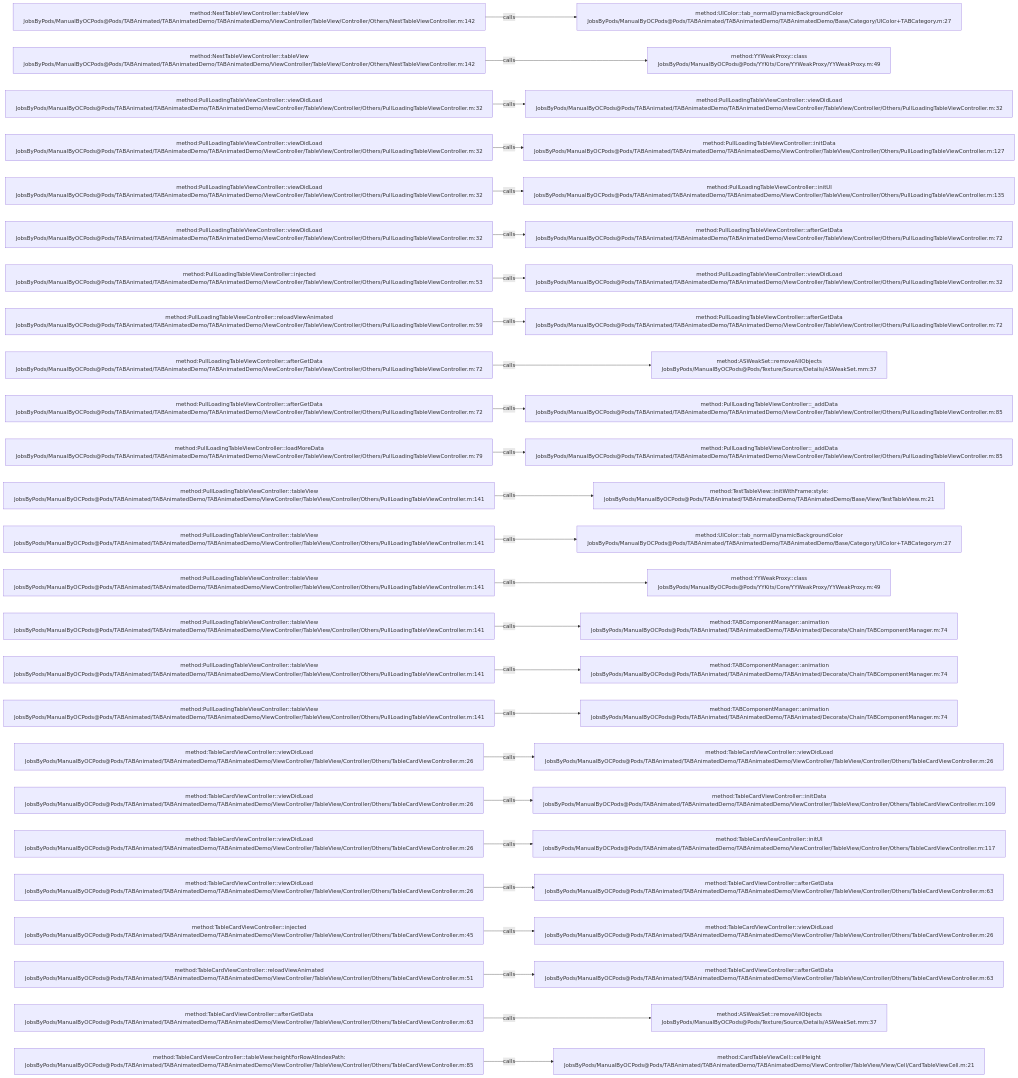
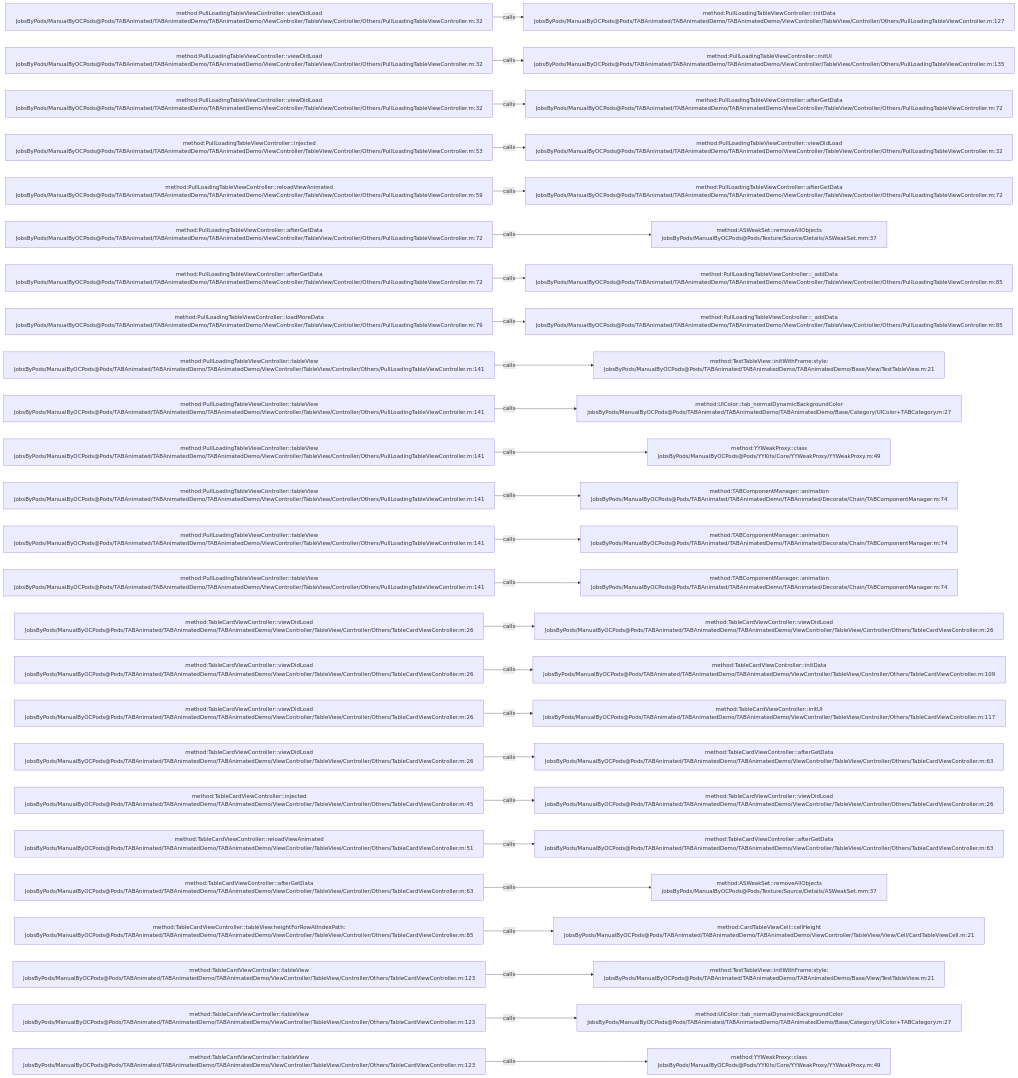
One commit to JobsKits/JobsOCBaseConfigDemo changed the diagram in .codegraph/codegraph.md/graphs/calls-060.md. Above: the diagram before and after it, drawn with Mermaid. The commit also changed 342 other files, not shown here.

````diff
--- a/.codegraph/codegraph.md/graphs/calls-060.md
+++ b/.codegraph/codegraph.md/graphs/calls-060.md
@@ -13,78 +13,78 @@
 ```mermaid
 flowchart LR
-  S1["method:NestTableViewController::tableView<br/>JobsByPods/ManualByOCPods@Pods/TABAnimated/TABAnimatedDemo/TABAnimatedDemo/ViewController/TableView/Controller/Others/NestTableViewController.m:142"]
-  T1["method:UIColor::tab_normalDynamicBackgroundColor<br/>JobsByPods/ManualByOCPods@Pods/TABAnimated/TABAnimatedDemo/TABAnimatedDemo/Base/Category/UIColor+TABCategory.m:27"]
+  S1["method:PullLoadingTableViewController::viewDidLoad<br/>JobsByPods/ManualByOCPods@Pods/TABAnimated/TABAnimatedDemo/TABAnimatedDemo/ViewController/TableView/Controller/Others/PullLoadingTableViewController.m:32"]
+  T1["method:PullLoadingTableViewController::initData<br/>JobsByPods/ManualByOCPods@Pods/TABAnimated/TABAnimatedDemo/TABAnimatedDemo/ViewController/TableView/Controller/Others/PullLoadingTableViewController.m:127"]
   S1 -->|calls| T1
-  S2["method:NestTableViewController::tableView<br/>JobsByPods/ManualByOCPods@Pods/TABAnimated/TABAnimatedDemo/TABAnimatedDemo/ViewController/TableView/Controller/Others/NestTableViewController.m:142"]
-  T2["method:YYWeakProxy::class<br/>JobsByPods/ManualByOCPods@Pods/YYKits/Core/YYWeakProxy/YYWeakProxy.m:49"]
+  S2["method:PullLoadingTableViewController::viewDidLoad<br/>JobsByPods/ManualByOCPods@Pods/TABAnimated/TABAnimatedDemo/TABAnimatedDemo/ViewController/TableView/Controller/Others/PullLoadingTableViewController.m:32"]
+  T2["method:PullLoadingTableViewController::initUI<br/>JobsByPods/ManualByOCPods@Pods/TABAnimated/TABAnimatedDemo/TABAnimatedDemo/ViewController/TableView/Controller/Others/PullLoadingTableViewController.m:135"]
   S2 -->|calls| T2
   S3["method:PullLoadingTableViewController::viewDidLoad<br/>JobsByPods/ManualByOCPods@Pods/TABAnimated/TABAnimatedDemo/TABAnimatedDemo/ViewController/TableView/Controller/Others/PullLoadingTableViewController.m:32"]
-  T3["method:PullLoadingTableViewController::viewDidLoad<br/>JobsByPods/ManualByOCPods@Pods/TABAnimated/TABAnimatedDemo/TABAnimatedDemo/ViewController/TableView/Controller/Others/PullLoadingTableViewController.m:32"]
+  T3["method:PullLoadingTableViewController::afterGetData<br/>JobsByPods/ManualByOCPods@Pods/TABAnimated/TABAnimatedDemo/TABAnimatedDemo/ViewController/TableView/Controller/Others/PullLoadingTableViewController.m:72"]
   S3 -->|calls| T3
-  S4["method:PullLoadingTableViewController::viewDidLoad<br/>JobsByPods/ManualByOCPods@Pods/TABAnimated/TABAnimatedDemo/TABAnimatedDemo/ViewController/TableView/Controller/Others/PullLoadingTableViewController.m:32"]
-  T4["method:PullLoadingTableViewController::initData<br/>JobsByPods/ManualByOCPods@Pods/TABAnimated/TABAnimatedDemo/TABAnimatedDemo/ViewController/TableView/Controller/Others/PullLoadingTableViewController.m:127"]
+  S4["method:PullLoadingTableViewController::injected<br/>JobsByPods/ManualByOCPods@Pods/TABAnimated/TABAnimatedDemo/TABAnimatedDemo/ViewController/TableView/Controller/Others/PullLoadingTableViewController.m:53"]
+  T4["method:PullLoadingTableViewController::viewDidLoad<br/>JobsByPods/ManualByOCPods@Pods/TABAnimated/TABAnimatedDemo/TABAnimatedDemo/ViewController/TableView/Controller/Others/PullLoadingTableViewController.m:32"]
   S4 -->|calls| T4
-  S5["method:PullLoadingTableViewController::viewDidLoad<br/>JobsByPods/ManualByOCPods@Pods/TABAnimated/TABAnimatedDemo/TABAnimatedDemo/ViewController/TableView/Controller/Others/PullLoadingTableViewController.m:32"]
-  T5["method:PullLoadingTableViewController::initUI<br/>JobsByPods/ManualByOCPods@Pods/TABAnimated/TABAnimatedDemo/TABAnimatedDemo/ViewController/TableView/Controller/Others/PullLoadingTableViewController.m:135"]
+  S5["method:PullLoadingTableViewController::reloadViewAnimated<br/>JobsByPods/ManualByOCPods@Pods/TABAnimated/TABAnimatedDemo/TABAnimatedDemo/ViewController/TableView/Controller/Others/PullLoadingTableViewController.m:59"]
+  T5["method:PullLoadingTableViewController::afterGetData<br/>JobsByPods/ManualByOCPods@Pods/TABAnimated/TABAnimatedDemo/TABAnimatedDemo/ViewController/TableView/Controller/Others/PullLoadingTableViewController.m:72"]
   S5 -->|calls| T5
-  S6["method:PullLoadingTableViewController::viewDidLoad<br/>JobsByPods/ManualByOCPods@Pods/TABAnimated/TABAnimatedDemo/TABAnimatedDemo/ViewController/TableView/Controller/Others/PullLoadingTableViewController.m:32"]
-  T6["method:PullLoadingTableViewController::afterGetData<br/>JobsByPods/ManualByOCPods@Pods/TABAnimated/TABAnimatedDemo/TABAnimatedDemo/ViewController/TableView/Controller/Others/PullLoadingTableViewController.m:72"]
+  S6["method:PullLoadingTableViewController::afterGetData<br/>JobsByPods/ManualByOCPods@Pods/TABAnimated/TABAnimatedDemo/TABAnimatedDemo/ViewController/TableView/Controller/Others/PullLoadingTableViewController.m:72"]
+  T6["method:ASWeakSet::removeAllObjects<br/>JobsByPods/ManualByOCPods@Pods/Texture/Source/Details/ASWeakSet.mm:37"]
   S6 -->|calls| T6
-  S7["method:PullLoadingTableViewController::injected<br/>JobsByPods/ManualByOCPods@Pods/TABAnimated/TABAnimatedDemo/TABAnimatedDemo/ViewController/TableView/Controller/Others/PullLoadingTableViewController.m:53"]
-  T7["method:PullLoadingTableViewController::viewDidLoad<br/>JobsByPods/ManualByOCPods@Pods/TABAnimated/TABAnimatedDemo/TABAnimatedDemo/ViewController/TableView/Controller/Others/PullLoadingTableViewController.m:32"]
+  S7["method:PullLoadingTableViewController::afterGetData<br/>JobsByPods/ManualByOCPods@Pods/TABAnimated/TABAnimatedDemo/TABAnimatedDemo/ViewController/TableView/Controller/Others/PullLoadingTableViewController.m:72"]
+  T7["method:PullLoadingTableViewController::_addData<br/>JobsByPods/ManualByOCPods@Pods/TABAnimated/TABAnimatedDemo/TABAnimatedDemo/ViewController/TableView/Controller/Others/PullLoadingTableViewController.m:85"]
   S7 -->|calls| T7
-  S8["method:PullLoadingTableViewController::reloadViewAnimated<br/>JobsByPods/ManualByOCPods@Pods/TABAnimated/TABAnimatedDemo/TABAnimatedDemo/ViewController/TableView/Controller/Others/PullLoadingTableViewController.m:59"]
-  T8["method:PullLoadingTableViewController::afterGetData<br/>JobsByPods/ManualByOCPods@Pods/TABAnimated/TABAnimatedDemo/TABAnimatedDemo/ViewController/TableView/Controller/Others/PullLoadingTableViewController.m:72"]
+  S8["method:PullLoadingTableViewController::loadMoreData<br/>JobsByPods/ManualByOCPods@Pods/TABAnimated/TABAnimatedDemo/TABAnimatedDemo/ViewController/TableView/Controller/Others/PullLoadingTableViewController.m:79"]
+  T8["method:PullLoadingTableViewController::_addData<br/>JobsByPods/ManualByOCPods@Pods/TABAnimated/TABAnimatedDemo/TABAnimatedDemo/ViewController/TableView/Controller/Others/PullLoadingTableViewController.m:85"]
   S8 -->|calls| T8
-  S9["method:PullLoadingTableViewController::afterGetData<br/>JobsByPods/ManualByOCPods@Pods/TABAnimated/TABAnimatedDemo/TABAnimatedDemo/ViewController/TableView/Controller/Others/PullLoadingTableViewController.m:72"]
-  T9["method:ASWeakSet::removeAllObjects<br/>JobsByPods/ManualByOCPods@Pods/Texture/Source/Details/ASWeakSet.mm:37"]
+  S9["method:PullLoadingTableViewController::tableView<br/>JobsByPods/ManualByOCPods@Pods/TABAnimated/TABAnimatedDemo/TABAnimatedDemo/ViewController/TableView/Controller/Others/PullLoadingTableViewController.m:141"]
+  T9["method:TestTableView::initWithFrame:style:<br/>JobsByPods/ManualByOCPods@Pods/TABAnimated/TABAnimatedDemo/TABAnimatedDemo/Base/View/TestTableView.m:21"]
   S9 -->|calls| T9
-  S10["method:PullLoadingTableViewController::afterGetData<br/>JobsByPods/ManualByOCPods@Pods/TABAnimated/TABAnimatedDemo/TABAnimatedDemo/ViewController/TableView/Controller/Others/PullLoadingTableViewController.m:72"]
-  T10["method:PullLoadingTableViewController::_addData<br/>JobsByPods/ManualByOCPods@Pods/TABAnimated/TABAnimatedDemo/TABAnimatedDemo/ViewController/TableView/Controller/Others/PullLoadingTableViewController.m:85"]
+  S10["method:PullLoadingTableViewController::tableView<br/>JobsByPods/ManualByOCPods@Pods/TABAnimated/TABAnimatedDemo/TABAnimatedDemo/ViewController/TableView/Controller/Others/PullLoadingTableViewController.m:141"]
+  T10["method:UIColor::tab_normalDynamicBackgroundColor<br/>JobsByPods/ManualByOCPods@Pods/TABAnimated/TABAnimatedDemo/TABAnimatedDemo/Base/Category/UIColor+TABCategory.m:27"]
   S10 -->|calls| T10
-  S11["method:PullLoadingTableViewController::loadMoreData<br/>JobsByPods/ManualByOCPods@Pods/TABAnimated/TABAnimatedDemo/TABAnimatedDemo/ViewController/TableView/Controller/Others/PullLoadingTableViewController.m:79"]
-  T11["method:PullLoadingTableViewController::_addData<br/>JobsByPods/ManualByOCPods@Pods/TABAnimated/TABAnimatedDemo/TABAnimatedDemo/ViewController/TableView/Controller/Others/PullLoadingTableViewController.m:85"]
+  S11["method:PullLoadingTableViewController::tableView<br/>JobsByPods/ManualByOCPods@Pods/TABAnimated/TABAnimatedDemo/TABAnimatedDemo/ViewController/TableView/Controller/Others/PullLoadingTableViewController.m:141"]
+  T11["method:YYWeakProxy::class<br/>JobsByPods/ManualByOCPods@Pods/YYKits/Core/YYWeakProxy/YYWeakProxy.m:49"]
   S11 -->|calls| T11
   S12["method:PullLoadingTableViewController::tableView<br/>JobsByPods/ManualByOCPods@Pods/TABAnimated/TABAnimatedDemo/TABAnimatedDemo/ViewController/TableView/Controller/Others/PullLoadingTableViewController.m:141"]
-  T12["method:TestTableView::initWithFrame:style:<br/>JobsByPods/ManualByOCPods@Pods/TABAnimated/TABAnimatedDemo/TABAnimatedDemo/Base/View/TestTableView.m:21"]
+  T12["method:TABComponentManager::animation<br/>JobsByPods/ManualByOCPods@Pods/TABAnimated/TABAnimatedDemo/TABAnimated/Decorate/Chain/TABComponentManager.m:74"]
   S12 -->|calls| T12
   S13["method:PullLoadingTableViewController::tableView<br/>JobsByPods/ManualByOCPods@Pods/TABAnimated/TABAnimatedDemo/TABAnimatedDemo/ViewController/TableView/Controller/Others/PullLoadingTableViewController.m:141"]
-  T13["method:UIColor::tab_normalDynamicBackgroundColor<br/>JobsByPods/ManualByOCPods@Pods/TABAnimated/TABAnimatedDemo/TABAnimatedDemo/Base/Category/UIColor+TABCategory.m:27"]
+  T13["method:TABComponentManager::animation<br/>JobsByPods/ManualByOCPods@Pods/TABAnimated/TABAnimatedDemo/TABAnimated/Decorate/Chain/TABComponentManager.m:74"]
   S13 -->|calls| T13
   S14["method:PullLoadingTableViewController::tableView<br/>JobsByPods/ManualByOCPods@Pods/TABAnimated/TABAnimatedDemo/TABAnimatedDemo/ViewController/TableView/Controller/Others/PullLoadingTableViewController.m:141"]
-  T14["method:YYWeakProxy::class<br/>JobsByPods/ManualByOCPods@Pods/YYKits/Core/YYWeakProxy/YYWeakProxy.m:49"]
+  T14["method:TABComponentManager::animation<br/>JobsByPods/ManualByOCPods@Pods/TABAnimated/TABAnimatedDemo/TABAnimated/Decorate/Chain/TABComponentManager.m:74"]
   S14 -->|calls| T14
-  S15["method:PullLoadingTableViewController::tableView<br/>JobsByPods/ManualByOCPods@Pods/TABAnimated/TABAnimatedDemo/TABAnimatedDemo/ViewController/TableView/Controller/Others/PullLoadingTableViewController.m:141"]
-  T15["method:TABComponentManager::animation<br/>JobsByPods/ManualByOCPods@Pods/TABAnimated/TABAnimatedDemo/TABAnimated/Decorate/Chain/TABComponentManager.m:74"]
+  S15["method:TableCardViewController::viewDidLoad<br/>JobsByPods/ManualByOCPods@Pods/TABAnimated/TABAnimatedDemo/TABAnimatedDemo/ViewController/TableView/Controller/Others/TableCardViewController.m:26"]
+  T15["method:TableCardViewController::viewDidLoad<br/>JobsByPods/ManualByOCPods@Pods/TABAnimated/TABAnimatedDemo/TABAnimatedDemo/ViewController/TableView/Controller/Others/TableCardViewController.m:26"]
   S15 -->|calls| T15
-  S16["method:PullLoadingTableViewController::tableView<br/>JobsByPods/ManualByOCPods@Pods/TABAnimated/TABAnimatedDemo/TABAnimatedDemo/ViewController/TableView/Controller/Others/PullLoadingTableViewController.m:141"]
-  T16["method:TABComponentManager::animation<br/>JobsByPods/ManualByOCPods@Pods/TABAnimated/TABAnimatedDemo/TABAnimated/Decorate/Chain/TABComponentManager.m:74"]
+  S16["method:TableCardViewController::viewDidLoad<br/>JobsByPods/ManualByOCPods@Pods/TABAnimated/TABAnimatedDemo/TABAnimatedDemo/ViewController/TableView/Controller/Others/TableCardViewController.m:26"]
+  T16["method:TableCardViewController::initData<br/>JobsByPods/ManualByOCPods@Pods/TABAnimated/TABAnimatedDemo/TABAnimatedDemo/ViewController/TableView/Controller/Others/TableCardViewController.m:109"]
   S16 -->|calls| T16
-  S17["method:PullLoadingTableViewController::tableView<br/>JobsByPods/ManualByOCPods@Pods/TABAnimated/TABAnimatedDemo/TABAnimatedDemo/ViewController/TableView/Controller/Others/PullLoadingTableViewController.m:141"]
-  T17["method:TABComponentManager::animation<br/>JobsByPods/ManualByOCPods@Pods/TABAnimated/TABAnimatedDemo/TABAnimated/Decorate/Chain/TABComponentManager.m:74"]
+  S17["method:TableCardViewController::viewDidLoad<br/>JobsByPods/ManualByOCPods@Pods/TABAnimated/TABAnimatedDemo/TABAnimatedDemo/ViewController/TableView/Controller/Others/TableCardViewController.m:26"]
+  T17["method:TableCardViewController::initUI<br/>JobsByPods/ManualByOCPods@Pods/TABAnimated/TABAnimatedDemo/TABAnimatedDemo/ViewController/TableView/Controller/Others/TableCardViewController.m:117"]
   S17 -->|calls| T17
   S18["method:TableCardViewController::viewDidLoad<br/>JobsByPods/ManualByOCPods@Pods/TABAnimated/TABAnimatedDemo/TABAnimatedDemo/ViewController/TableView/Controller/Others/TableCardViewController.m:26"]
-  T18["method:TableCardViewController::viewDidLoad<br/>JobsByPods/ManualByOCPods@Pods/TABAnimated/TABAnimatedDemo/TABAnimatedDemo/ViewController/TableView/Controller/Others/TableCardViewController.m:26"]
+  T18["method:TableCardViewController::afterGetData<br/>JobsByPods/ManualByOCPods@Pods/TABAnimated/TABAnimatedDemo/TABAnimatedDemo/ViewController/TableView/Controller/Others/TableCardViewController.m:63"]
   S18 -->|calls| T18
-  S19["method:TableCardViewController::viewDidLoad<br/>JobsByPods/ManualByOCPods@Pods/TABAnimated/TABAnimatedDemo/TABAnimatedDemo/ViewController/TableView/Controller/Others/TableCardViewController.m:26"]
-  T19["method:TableCardViewController::initData<br/>JobsByPods/ManualByOCPods@Pods/TABAnimated/TABAnimatedDemo/TABAnimatedDemo/ViewController/TableView/Controller/Others/TableCardViewController.m:109"]
+  S19["method:TableCardViewController::injected<br/>JobsByPods/ManualByOCPods@Pods/TABAnimated/TABAnimatedDemo/TABAnimatedDemo/ViewController/TableView/Controller/Others/TableCardViewController.m:45"]
+  T19["method:TableCardViewController::viewDidLoad<br/>JobsByPods/ManualByOCPods@Pods/TABAnimated/TABAnimatedDemo/TABAnimatedDemo/ViewController/TableView/Controller/Others/TableCardViewController.m:26"]
   S19 -->|calls| T19
-  S20["method:TableCardViewController::viewDidLoad<br/>JobsByPods/ManualByOCPods@Pods/TABAnimated/TABAnimatedDemo/TABAnimatedDemo/ViewController/TableView/Controller/Others/TableCardViewController.m:26"]
-  T20["method:TableCardViewController::initUI<br/>JobsByPods/ManualByOCPods@Pods/TABAnimated/TABAnimatedDemo/TABAnimatedDemo/ViewController/TableView/Controller/Others/TableCardViewController.m:117"]
+  S20["method:TableCardViewController::reloadViewAnimated<br/>JobsByPods/ManualByOCPods@Pods/TABAnimated/TABAnimatedDemo/TABAnimatedDemo/ViewController/TableView/Controller/Others/TableCardViewController.m:51"]
+  T20["method:TableCardViewController::afterGetData<br/>JobsByPods/ManualByOCPods@Pods/TABAnimated/TABAnimatedDemo/TABAnimatedDemo/ViewController/TableView/Controller/Others/TableCardViewController.m:63"]
   S20 -->|calls| T20
-  S21["method:TableCardViewController::viewDidLoad<br/>JobsByPods/ManualByOCPods@Pods/TABAnimated/TABAnimatedDemo/TABAnimatedDemo/ViewController/TableView/Controller/Others/TableCardViewController.m:26"]
-  T21["method:TableCardViewController::afterGetData<br/>JobsByPods/ManualByOCPods@Pods/TABAnimated/TABAnimatedDemo/TABAnimatedDemo/ViewController/TableView/Controller/Others/TableCardViewController.m:63"]
+  S21["method:TableCardViewController::afterGetData<br/>JobsByPods/ManualByOCPods@Pods/TABAnimated/TABAnimatedDemo/TABAnimatedDemo/ViewController/TableView/Controller/Others/TableCardViewController.m:63"]
+  T21["method:ASWeakSet::removeAllObjects<br/>JobsByPods/ManualByOCPods@Pods/Texture/Source/Details/ASWeakSet.mm:37"]
   S21 -->|calls| T21
-  S22["method:TableCardViewController::injected<br/>JobsByPods/ManualByOCPods@Pods/TABAnimated/TABAnimatedDemo/TABAnimatedDemo/ViewController/TableView/Controller/Others/TableCardViewController.m:45"]
-  T22["method:TableCardViewController::viewDidLoad<br/>JobsByPods/ManualByOCPods@Pods/TABAnimated/TABAnimatedDemo/TABAnimatedDemo/ViewController/TableView/Controller/Others/TableCardViewController.m:26"]
+  S22["method:TableCardViewController::tableView:heightForRowAtIndexPath:<br/>JobsByPods/ManualByOCPods@Pods/TABAnimated/TABAnimatedDemo/TABAnimatedDemo/ViewController/TableView/Controller/Others/TableCardViewController.m:85"]
+  T22["method:CardTableViewCell::cellHeight<br/>JobsByPods/ManualByOCPods@Pods/TABAnimated/TABAnimatedDemo/TABAnimatedDemo/ViewController/TableView/View/Cell/CardTableViewCell.m:21"]
   S22 -->|calls| T22
-  S23["method:TableCardViewController::reloadViewAnimated<br/>JobsByPods/ManualByOCPods@Pods/TABAnimated/TABAnimatedDemo/TABAnimatedDemo/ViewController/TableView/Controller/Others/TableCardViewController.m:51"]
-  T23["method:TableCardViewController::afterGetData<br/>JobsByPods/ManualByOCPods@Pods/TABAnimated/TABAnimatedDemo/TABAnimatedDemo/ViewController/TableView/Controller/Others/TableCardViewController.m:63"]
+  S23["method:TableCardViewController::tableView<br/>JobsByPods/ManualByOCPods@Pods/TABAnimated/TABAnimatedDemo/TABAnimatedDemo/ViewController/TableView/Controller/Others/TableCardViewController.m:123"]
+  T23["method:TestTableView::initWithFrame:style:<br/>JobsByPods/ManualByOCPods@Pods/TABAnimated/TABAnimatedDemo/TABAnimatedDemo/Base/View/TestTableView.m:21"]
   S23 -->|calls| T23
-  S24["method:TableCardViewController::afterGetData<br/>JobsByPods/ManualByOCPods@Pods/TABAnimated/TABAnimatedDemo/TABAnimatedDemo/ViewController/TableView/Controller/Others/TableCardViewController.m:63"]
-  T24["method:ASWeakSet::removeAllObjects<br/>JobsByPods/ManualByOCPods@Pods/Texture/Source/Details/ASWeakSet.mm:37"]
+  S24["method:TableCardViewController::tableView<br/>JobsByPods/ManualByOCPods@Pods/TABAnimated/TABAnimatedDemo/TABAnimatedDemo/ViewController/TableView/Controller/Others/TableCardViewController.m:123"]
+  T24["method:UIColor::tab_normalDynamicBackgroundColor<br/>JobsByPods/ManualByOCPods@Pods/TABAnimated/TABAnimatedDemo/TABAnimatedDemo/Base/Category/UIColor+TABCategory.m:27"]
   S24 -->|calls| T24
-  S25["method:TableCardViewController::tableView:heightForRowAtIndexPath:<br/>JobsByPods/ManualByOCPods@Pods/TABAnimated/TABAnimatedDemo/TABAnimatedDemo/ViewController/TableView/Controller/Others/TableCardViewController.m:85"]
-  T25["method:CardTableViewCell::cellHeight<br/>JobsByPods/ManualByOCPods@Pods/TABAnimated/TABAnimatedDemo/TABAnimatedDemo/ViewController/TableView/View/Cell/CardTableViewCell.m:21"]
+  S25["method:TableCardViewController::tableView<br/>JobsByPods/ManualByOCPods@Pods/TABAnimated/TABAnimatedDemo/TABAnimatedDemo/ViewController/TableView/Controller/Others/TableCardViewController.m:123"]
+  T25["method:YYWeakProxy::class<br/>JobsByPods/ManualByOCPods@Pods/YYKits/Core/YYWeakProxy/YYWeakProxy.m:49"]
   S25 -->|calls| T25
 ```
````
